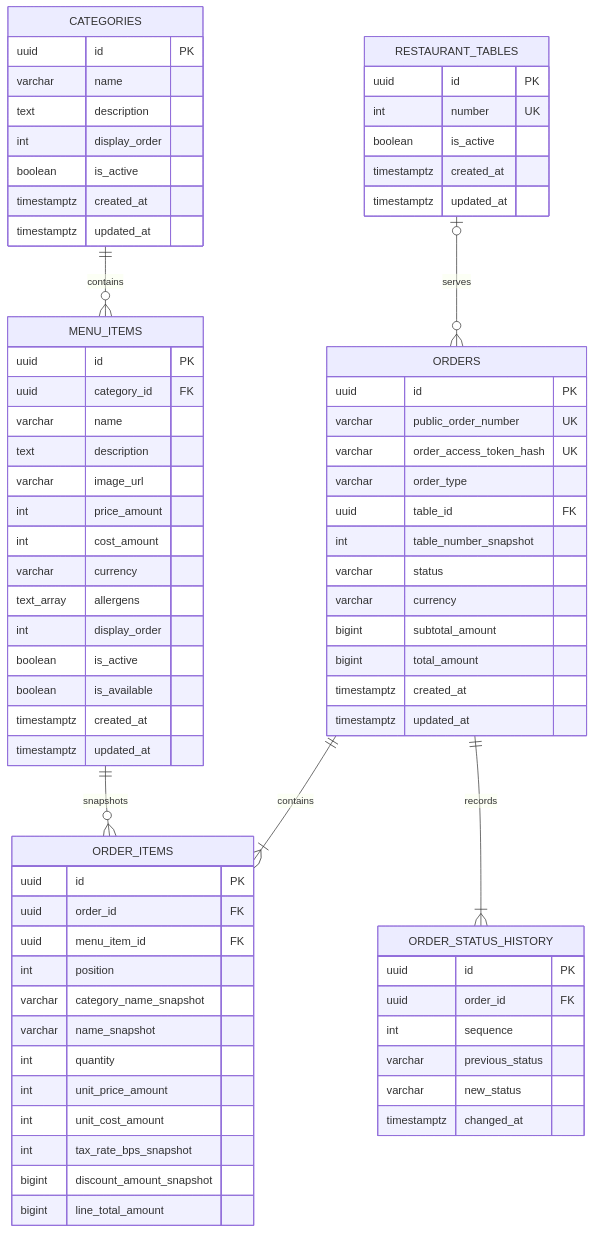
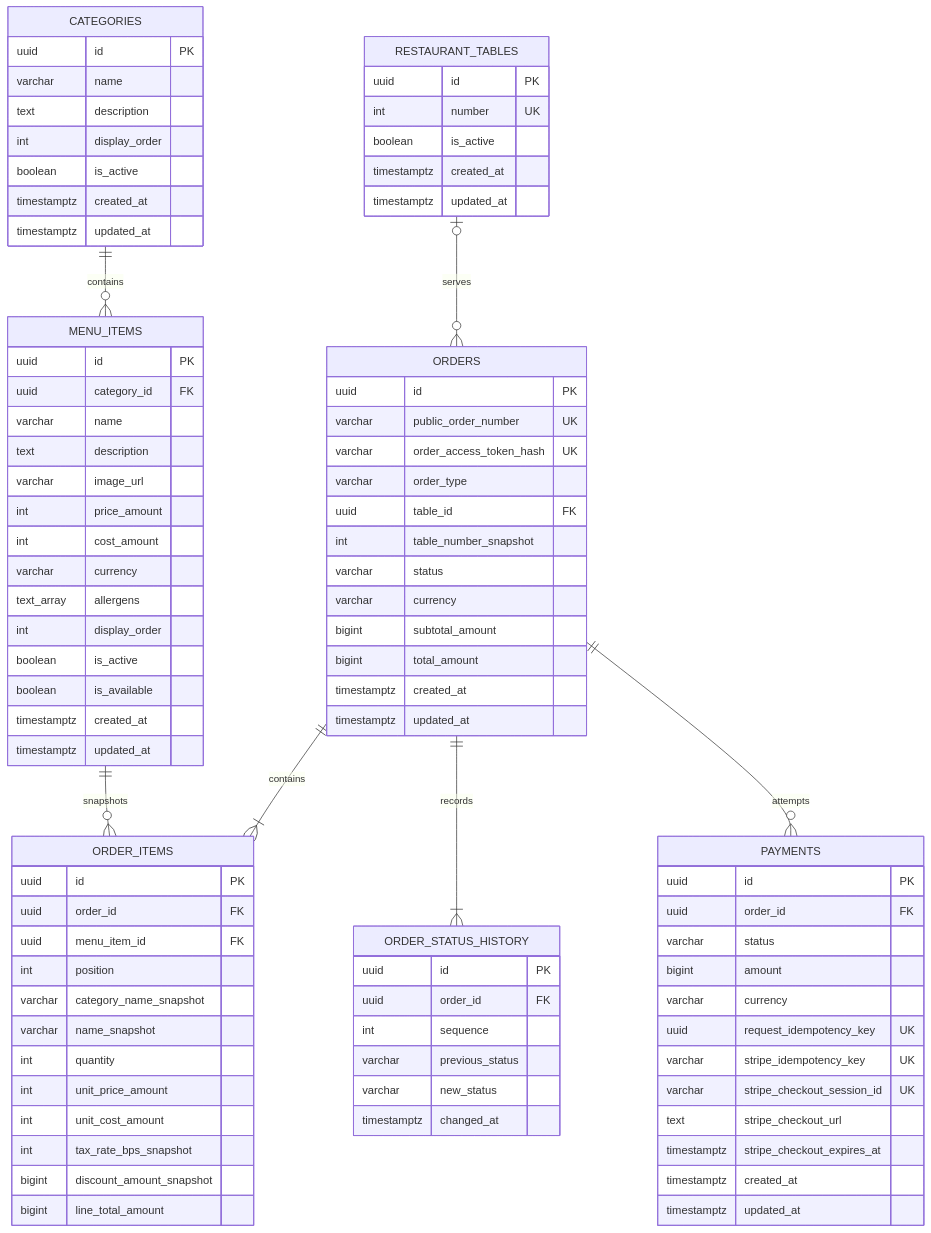
Before and after one commit to kamilSarbian/Restaurant_Ordering_Analytics: the second of 3 diagrams in docs/ARCHITECTURE.md, drawn with Mermaid. The commit also changed other lines of this file and 34 other files, not shown here.

Commit message:
feat: add idempotent Stripe checkout

````diff
--- a/docs/ARCHITECTURE.md
+++ b/docs/ARCHITECTURE.md
@@ -224,6 +234,7 @@
     ORDERS ||--|{ ORDER_ITEMS : contains
     MENU_ITEMS ||--o{ ORDER_ITEMS : snapshots
     ORDERS ||--|{ ORDER_STATUS_HISTORY : records
+    ORDERS ||--o{ PAYMENTS : attempts
 
     CATEGORIES {
         uuid id PK
@@ -298,4 +309,19 @@
         varchar new_status
         timestamptz changed_at
     }
+
+    PAYMENTS {
+        uuid id PK
+        uuid order_id FK
+        varchar status
+        bigint amount
+        varchar currency
+        uuid request_idempotency_key UK
+        varchar stripe_idempotency_key UK
+        varchar stripe_checkout_session_id UK
+        text stripe_checkout_url
+        timestamptz stripe_checkout_expires_at
+        timestamptz created_at
+        timestamptz updated_at
+    }
 ```
````
